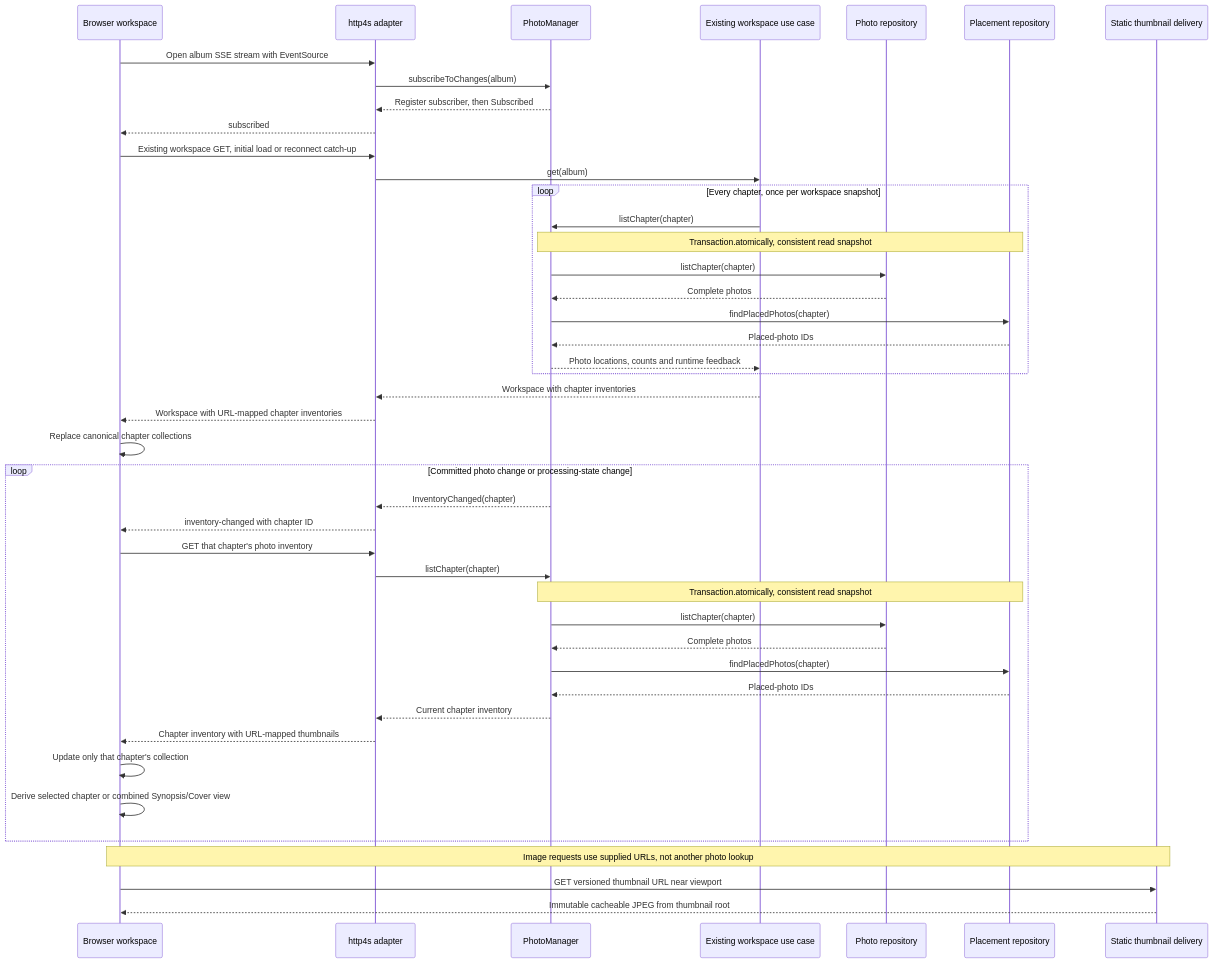
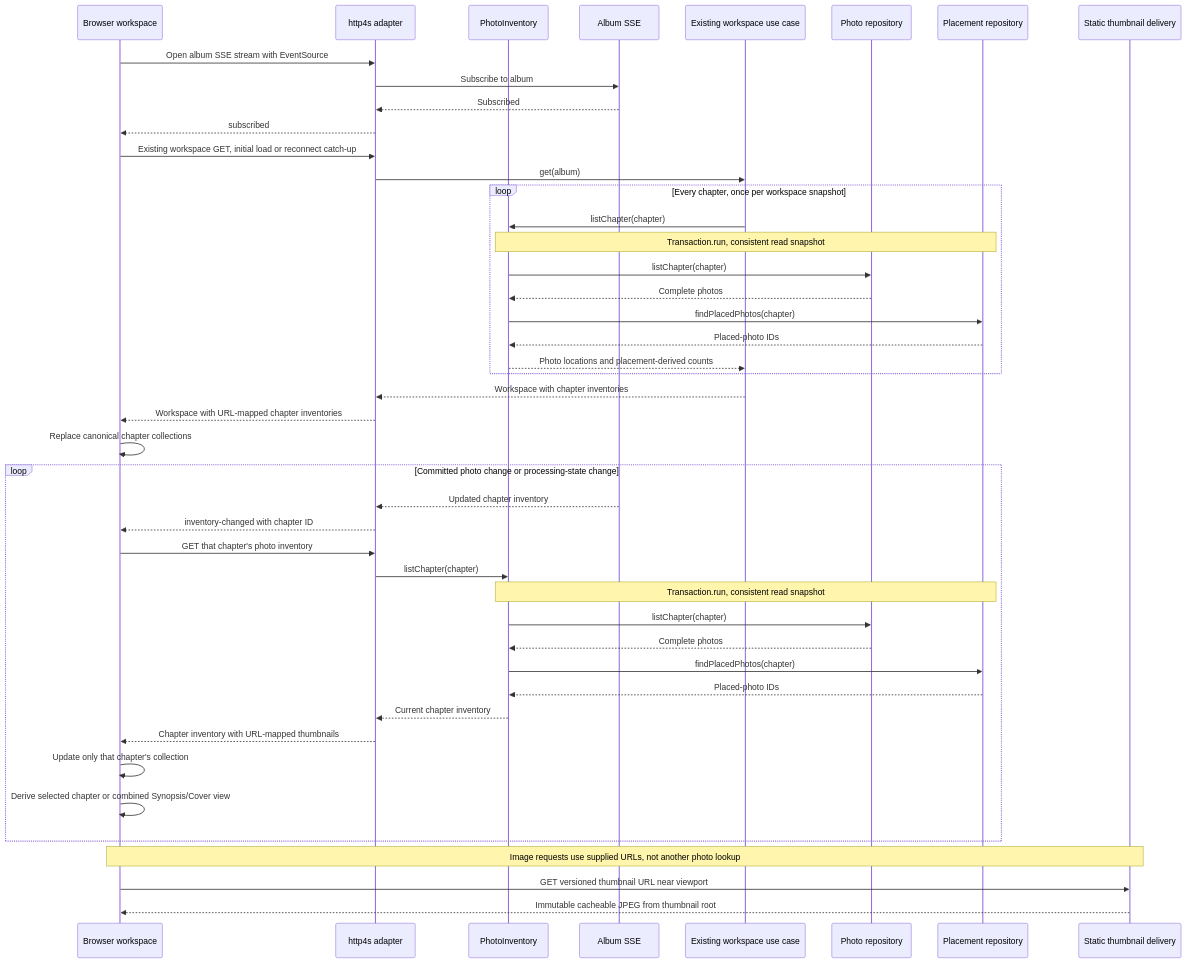
One commit to Shepherd-s-Den/photography changed the second of 2 diagrams in specs/changes/chapter-photo-import/proposal.md. Above: the diagram before and after it, drawn with Mermaid. The commit also changed other lines of this file and 34 other files, not shown here.

First line of the commit message:
Compose chapter photo import with three collaborators (#71)

````diff
--- a/specs/changes/chapter-photo-import/proposal.md
+++ b/specs/changes/chapter-photo-import/proposal.md
@@ -212,46 +190,47 @@
 ```mermaid
 sequenceDiagram
   participant B as Browser workspace
   participant H as http4s adapter
-  participant M as PhotoManager
+  participant M as PhotoInventory
+  participant E as Album SSE
   participant W as Existing workspace use case
   participant R as Photo repository
   participant P as Placement repository
   participant T as Static thumbnail delivery
   B->>H: Open album SSE stream with EventSource
-  H->>M: subscribeToChanges(album)
-  M-->>H: Register subscriber, then Subscribed
+  H->>E: Subscribe to album
+  E-->>H: Subscribed
   H-->>B: subscribed
   B->>H: Existing workspace GET, initial load or reconnect catch-up
   H->>W: get(album)
   loop Every chapter, once per workspace snapshot
     W->>M: listChapter(chapter)
-    Note over M,P: Transaction.atomically, consistent read snapshot
+    Note over M,P: Transaction.run, consistent read snapshot
     M->>R: listChapter(chapter)
     R-->>M: Complete photos
     M->>P: findPlacedPhotos(chapter)
     P-->>M: Placed-photo IDs
-    M-->>W: Photo locations, counts and runtime feedback
+    M-->>W: Photo locations and placement-derived counts
   end
   W-->>H: Workspace with chapter inventories
   H-->>B: Workspace with URL-mapped chapter inventories
   B->>B: Replace canonical chapter collections
   loop Committed photo change or processing-state change
-    M-->>H: InventoryChanged(chapter)
+    E-->>H: Updated chapter inventory
     H-->>B: inventory-changed with chapter ID
     B->>H: GET that chapter's photo inventory
     H->>M: listChapter(chapter)
-    Note over M,P: Transaction.atomically, consistent read snapshot
+    Note over M,P: Transaction.run, consistent read snapshot
     M->>R: listChapter(chapter)
     R-->>M: Complete photos
     M->>P: findPlacedPhotos(chapter)
     P-->>M: Placed-photo IDs
     M-->>H: Current chapter inventory
     H-->>B: Chapter inventory with URL-mapped thumbnails
     B->>B: Update only that chapter's collection
     B->>B: Derive selected chapter or combined Synopsis/Cover view
   end
   Note over B,T: Image requests use supplied URLs, not another photo lookup
   B->>T: GET versioned thumbnail URL near viewport
   T-->>B: Immutable cacheable JPEG from thumbnail root
 ```
````
